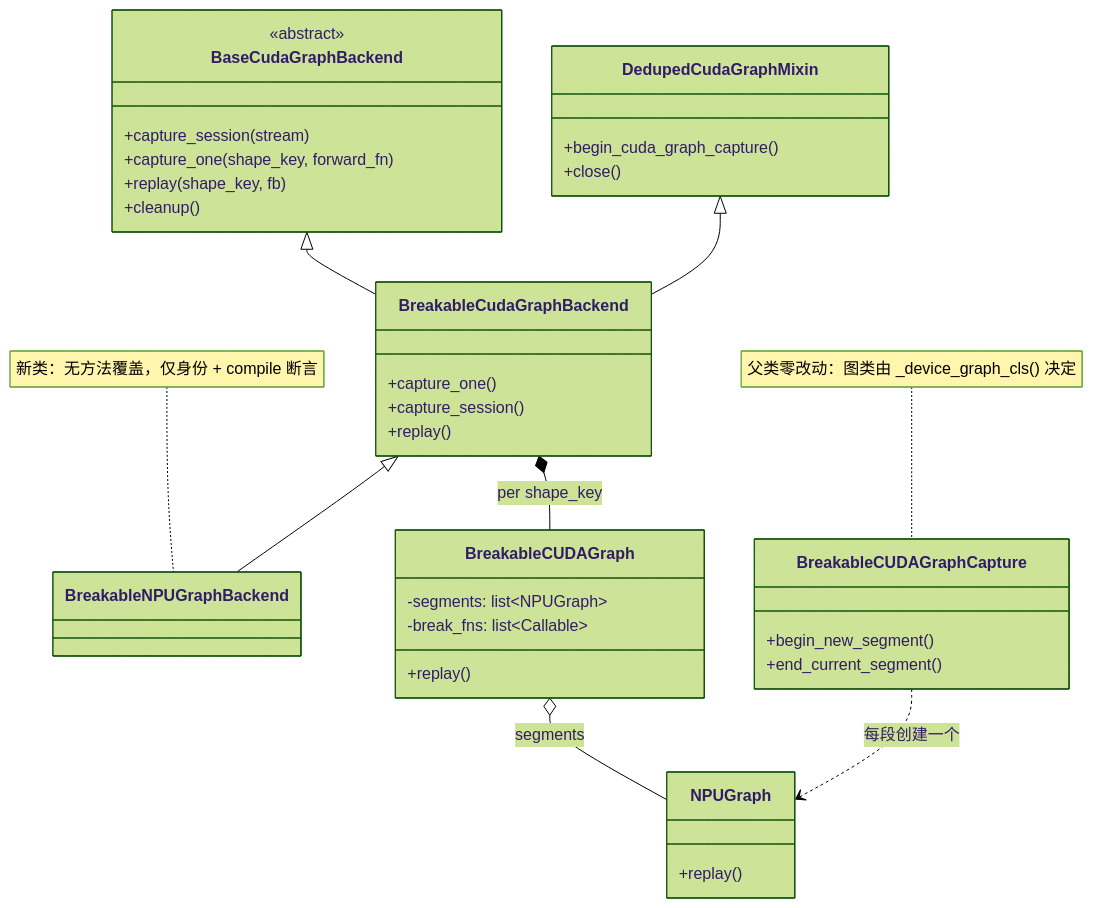
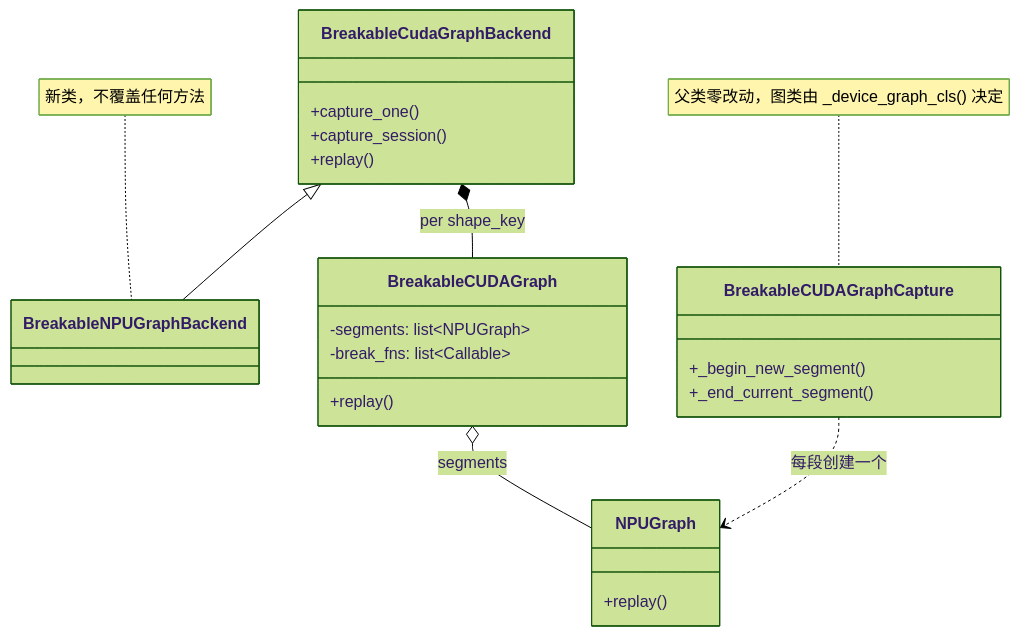
The fourth of 7 diagrams in FE/BreakableNPUGraphBackend设计方案/breakable_npu_graph_backend_design.md (kyrotiko/sglang-docs), drawn with Mermaid (forest theme) before and after one commit. The commit also changed other lines of this file, not shown here.

First line of the commit message:
docs: tighten the breakable NPU graph design doc

````diff
--- a/FE/BreakableNPUGraphBackend设计方案/breakable_npu_graph_backend_design.md
+++ b/FE/BreakableNPUGraphBackend设计方案/breakable_npu_graph_backend_design.md
@@ -127,41 +85,27 @@
 ```mermaid
 classDiagram
-    class BaseCudaGraphBackend {
-        <<abstract>>
-        +capture_session(stream)
-        +capture_one(shape_key, forward_fn)
-        +replay(shape_key, fb)
-        +cleanup()
-    }
-    class DedupedCudaGraphMixin {
-        +begin_cuda_graph_capture()
-        +close()
-    }
     class BreakableCudaGraphBackend {
         +capture_one()
         +capture_session()
         +replay()
     }
-    class BreakableNPUGraphBackend {
-    }
+    class BreakableNPUGraphBackend
     class BreakableCUDAGraph {
         -segments: list~NPUGraph~
         -break_fns: list~Callable~
         +replay()
     }
     class BreakableCUDAGraphCapture {
-        +begin_new_segment()
-        +end_current_segment()
+        +_begin_new_segment()
+        +_end_current_segment()
     }
     class NPUGraph {
         +replay()
     }
-    BaseCudaGraphBackend <|-- BreakableCudaGraphBackend
-    DedupedCudaGraphMixin <|-- BreakableCudaGraphBackend
     BreakableCudaGraphBackend <|-- BreakableNPUGraphBackend
     BreakableCudaGraphBackend *-- BreakableCUDAGraph : per shape_key
     BreakableCUDAGraph o-- NPUGraph : segments
     BreakableCUDAGraphCapture ..> NPUGraph : 每段创建一个
-    note for BreakableNPUGraphBackend "新类：无方法覆盖，仅身份 + compile 断言"
-    note for BreakableCUDAGraphCapture "父类零改动：图类由 _device_graph_cls() 决定"
+    note for BreakableNPUGraphBackend "新类，不覆盖任何方法"
+    note for BreakableCUDAGraphCapture "父类零改动，图类由 _device_graph_cls() 决定"
 ```
````
